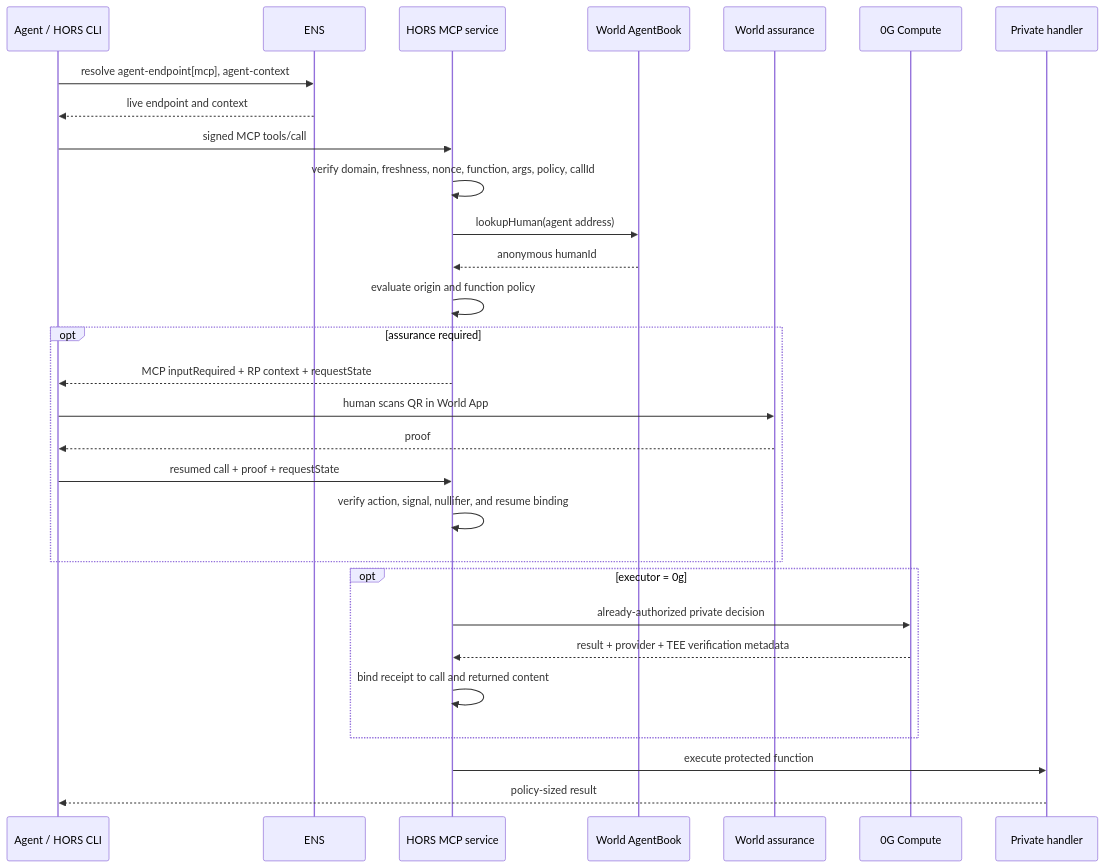
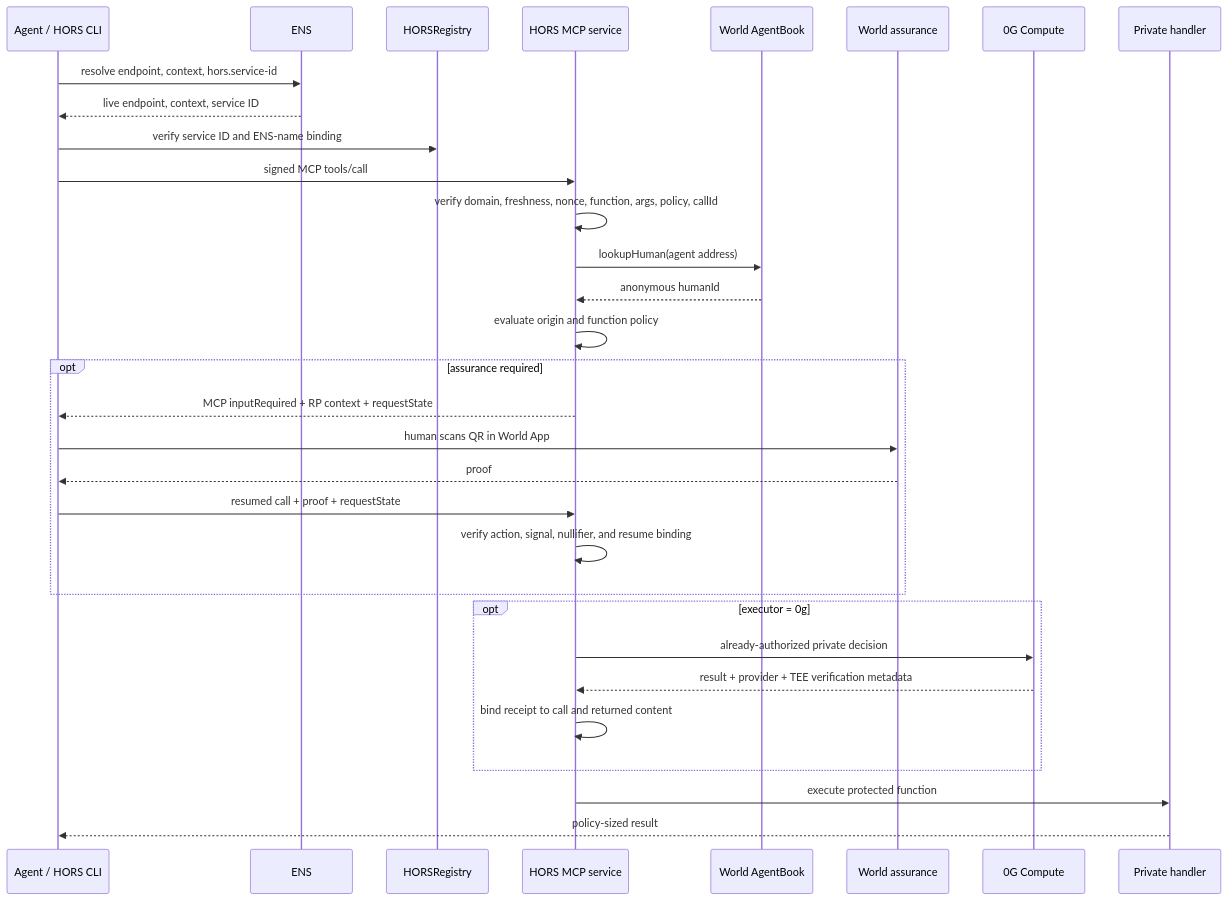
One commit to cqlyj/HORS changed the diagram in docs/ARCHITECTURE.md. Above: the diagram before and after it, drawn with Mermaid. The commit also changed other lines of this file and 15 other files, not shown here.

First line of the commit message:
Enhance HORS service discovery and validation process

````diff
--- a/docs/ARCHITECTURE.md
+++ b/docs/ARCHITECTURE.md
@@ -131,32 +131,34 @@
 ```mermaid
 sequenceDiagram
     participant A as Agent / HORS CLI
     participant E as ENS
+    participant R as HORSRegistry
     participant S as HORS MCP service
     participant W as World AgentBook
     participant I as World assurance
     participant Z as 0G Compute
     participant H as Private handler
 
-    A->>E: resolve agent-endpoint[mcp], agent-context
-    E-->>A: live endpoint and context
+    A->>E: resolve endpoint, context, hors.service-id
+    E-->>A: live endpoint, context, service ID
+    A->>R: verify service ID and ENS-name binding
     A->>S: signed MCP tools/call
     S->>S: verify domain, freshness, nonce, function, args, policy, callId
     S->>W: lookupHuman(agent address)
     W-->>S: anonymous humanId
     S->>S: evaluate origin and function policy
     opt assurance required
         S-->>A: MCP inputRequired + RP context + requestState
         A->>I: human scans QR in World App
         I-->>A: proof
         A->>S: resumed call + proof + requestState
         S->>S: verify action, signal, nullifier, and resume binding
     end
     opt executor = 0g
         S->>Z: already-authorized private decision
         Z-->>S: result + provider + TEE verification metadata
         S->>S: bind receipt to call and returned content
     end
     S->>H: execute protected function
     H-->>A: policy-sized result
 ```
````
